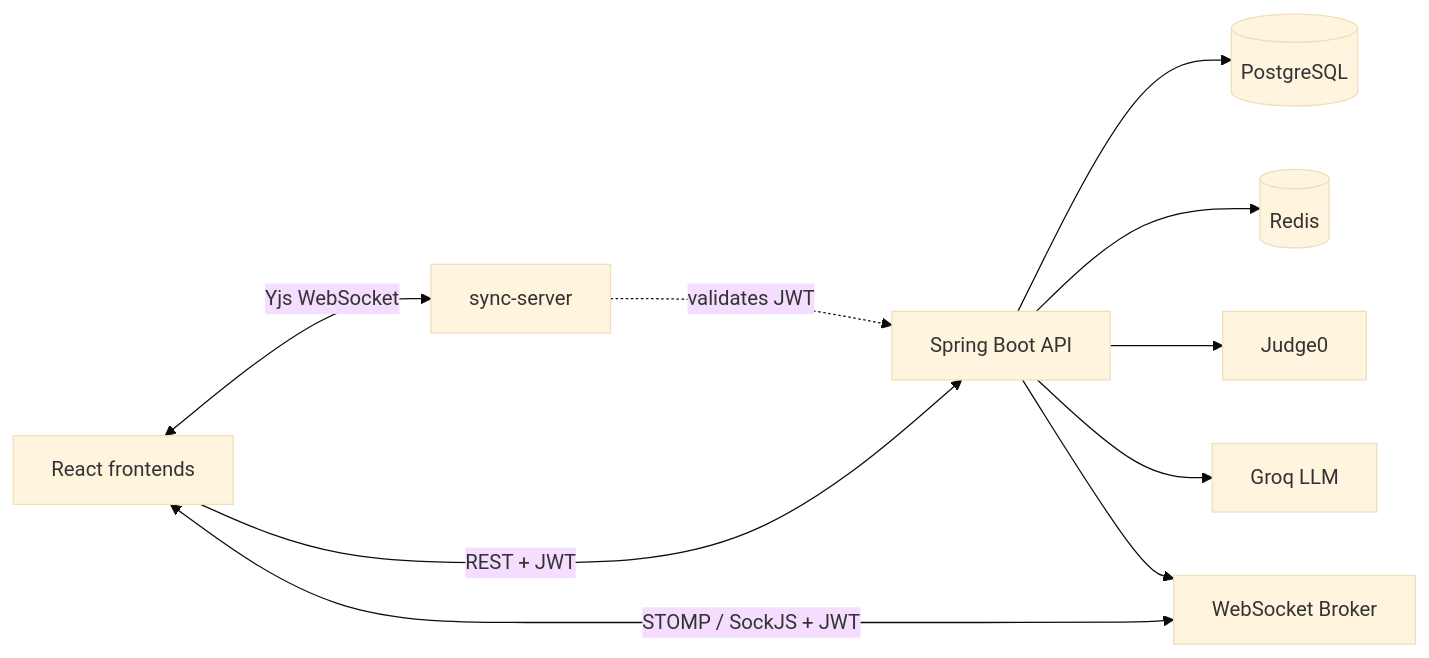
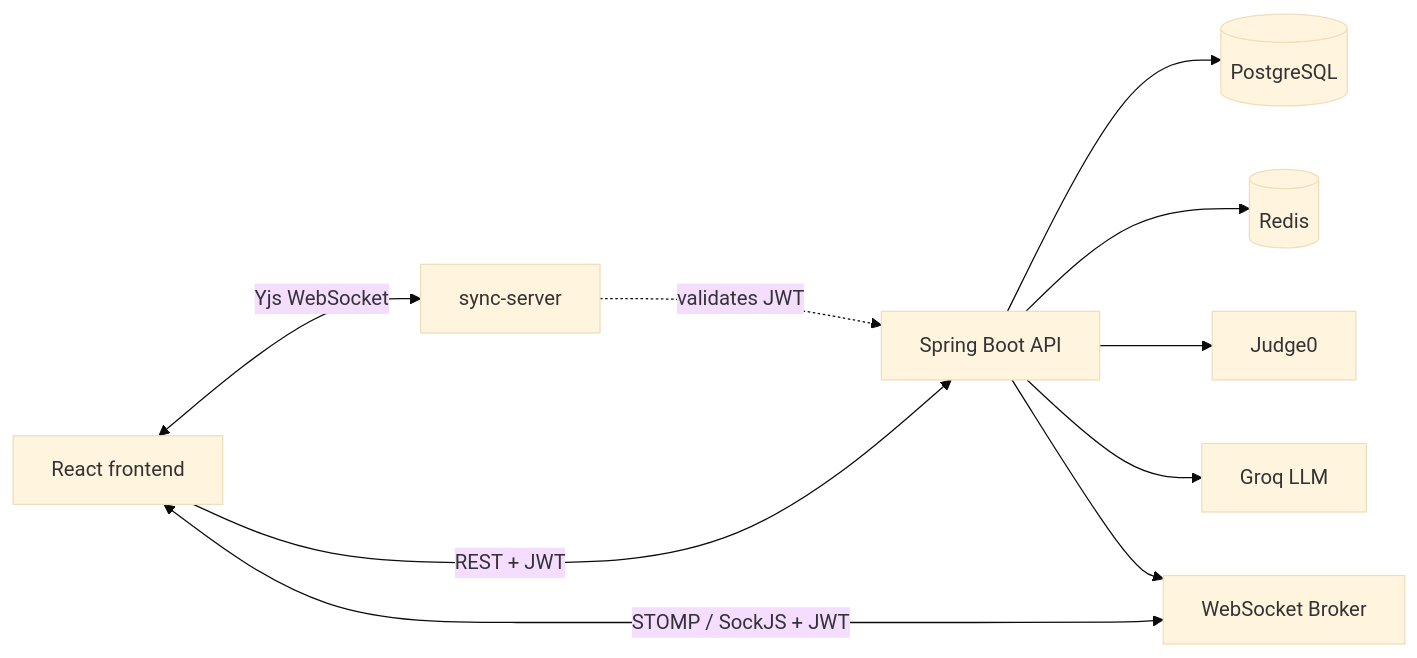
The diagram in README.md (Sobhagyaverma/codeIT), drawn with Mermaid (base theme) before and after one commit. The commit also changed other lines of this file and 298 other files, not shown here.

````diff
--- a/README.md
+++ b/README.md
@@ -23,12 +23,12 @@
 ```mermaid
 flowchart LR
-    Browser[React frontends] -->|REST + JWT| API[Spring Boot API]
+    Browser[React frontend] -->|REST + JWT| API[Spring Boot API]
     Browser <-->|STOMP / SockJS + JWT| WS[WebSocket Broker]
     Browser <-->|Yjs WebSocket| Sync[sync-server]
     API --> PostgreSQL[(PostgreSQL)]
     API --> Redis[(Redis)]
     API --> Judge0[Judge0]
     API --> Groq[Groq LLM]
     API --> WS
     Sync -.->|validates JWT| API
 ```
````
